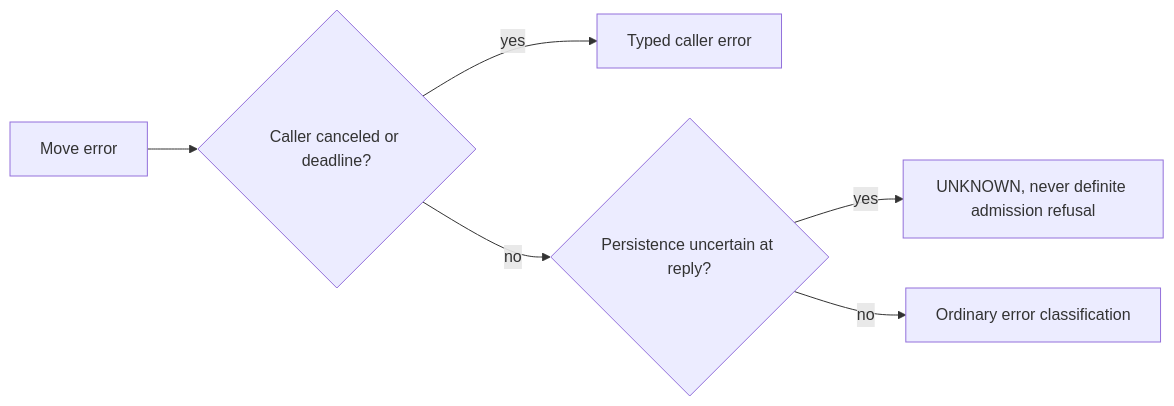
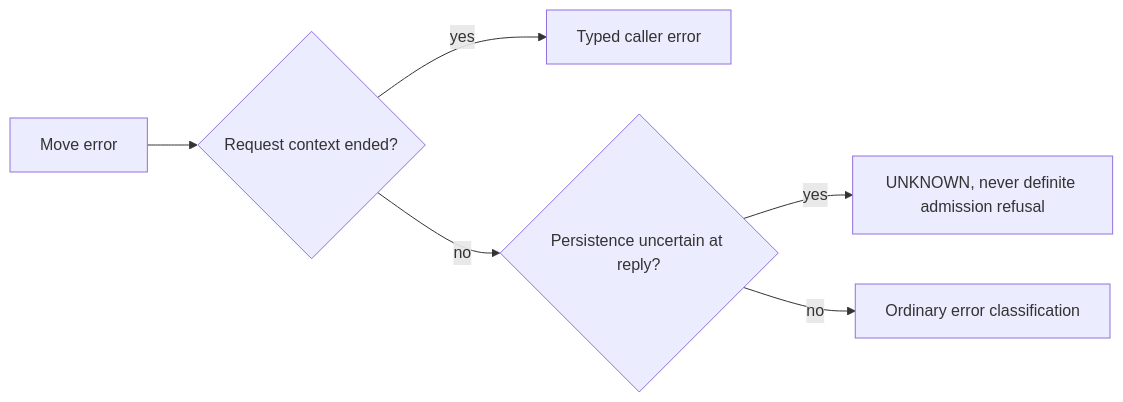
One commit to seaweedfs/seaweed-block changed the seventh of 10 diagrams in docs/design/agent-workspace-design.md. Above: the diagram before and after it, drawn with Mermaid. The commit also changed other lines of this file and 8 other files, not shown here.

Commit message:
fix: classify workspace caller end from request context

````diff
--- a/docs/design/agent-workspace-design.md
+++ b/docs/design/agent-workspace-design.md
@@ -290,8 +290,8 @@
 ```mermaid
 flowchart LR
-  E[Move error] --> C{Caller canceled or deadline?}
+  E[Move error] --> C{Request context ended?}
   C -->|yes| T[Typed caller error]
   C -->|no| U{Persistence uncertain at reply?}
   U -->|yes| X[UNKNOWN, never definite admission refusal]
   U -->|no| R[Ordinary error classification]
 ```
````
